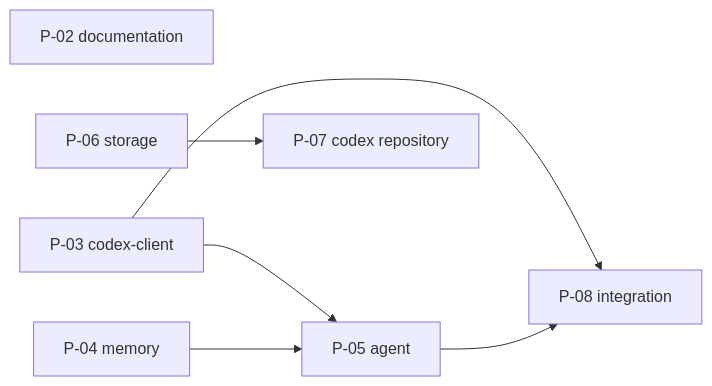
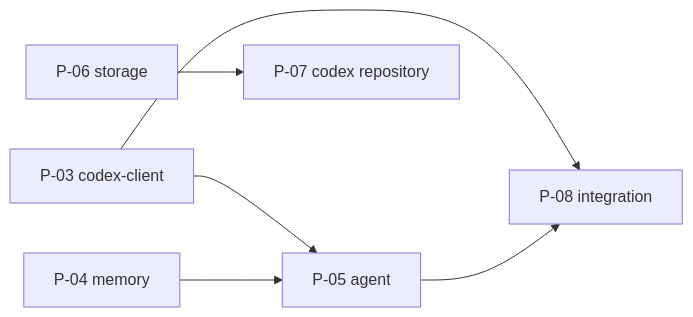
One commit to 0x1d/crucible changed the diagram in docs/increments/repository-and-migration.md. Above: the diagram before and after it, drawn with Mermaid. The commit also changed other lines of this file and 19 other files, not shown here.

````diff
--- a/docs/increments/repository-and-migration.md
+++ b/docs/increments/repository-and-migration.md
@@ -128,11 +147,10 @@
 ```mermaid
 flowchart LR
-    P02["P-02 documentation"]
     P04["P-04 memory"]
     P06["P-06 storage"]
     P03["P-03 codex-client"] --> P05["P-05 agent"]
     P04 --> P05
     P06 --> P07["P-07 codex repository"]
     P03 --> P08["P-08 integration"]
     P05 --> P08
 ```
````
